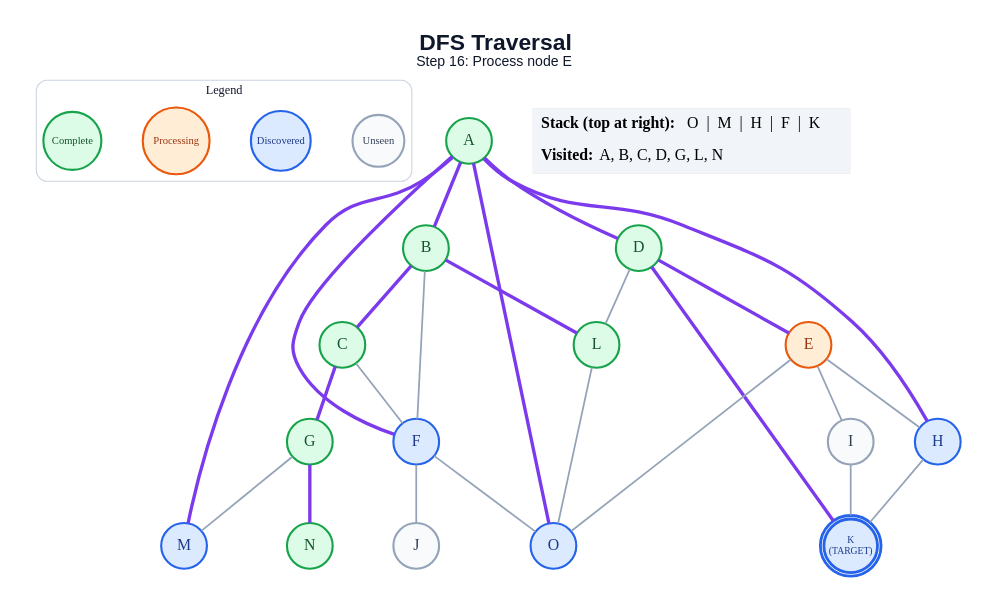
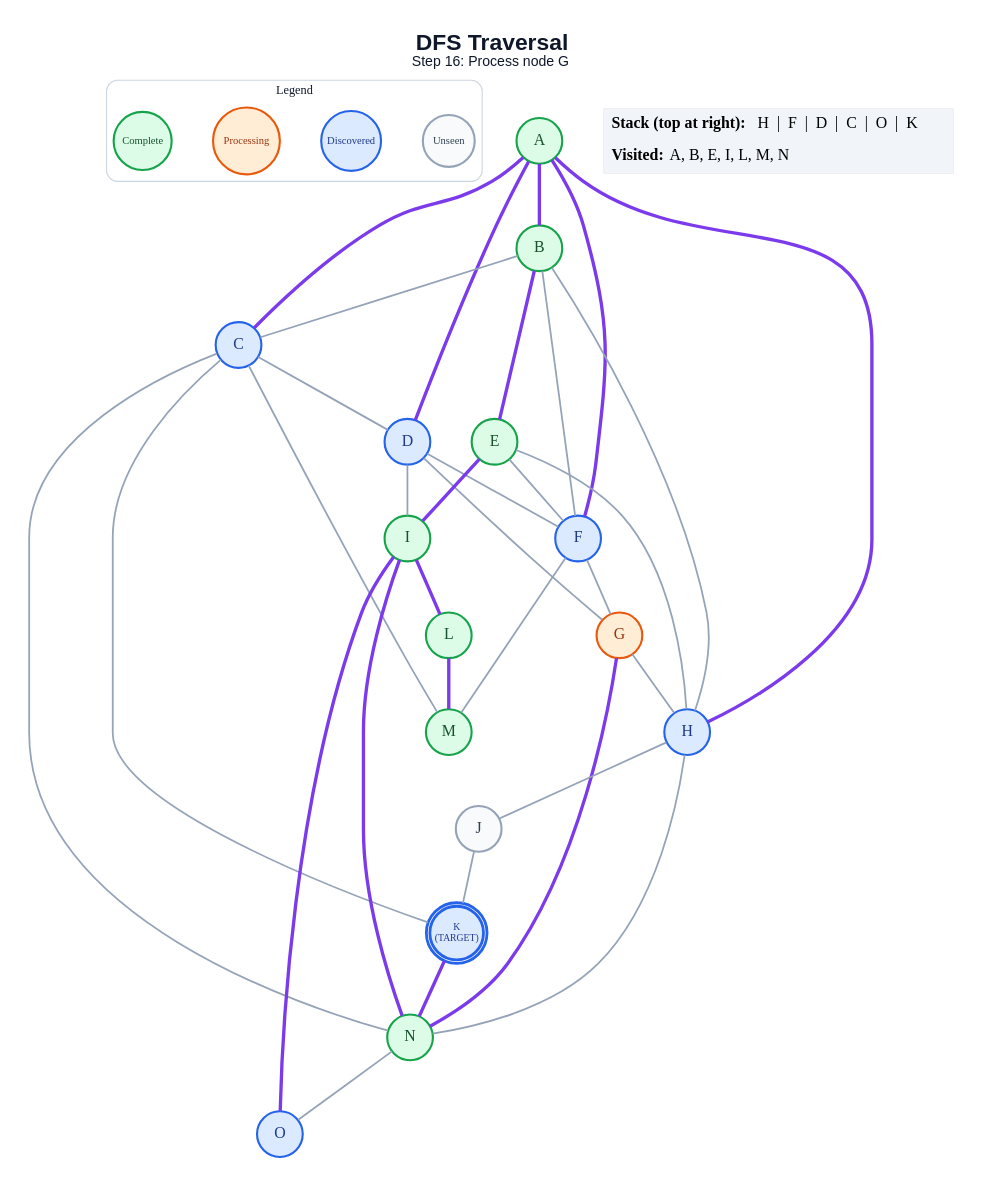
One commit to anon7238593-create/ai-slop changed the diagram in generated/specific-node/dfs/step_16.dot. Above: the diagram before and after it, drawn with Graphviz. The commit also changed 249 other files, not shown here.

```diff
--- a/generated/specific-node/dfs/step_16.dot
+++ b/generated/specific-node/dfs/step_16.dot
@@ -1,58 +1,66 @@
 graph traversal {
   graph [layout=dot, rankdir=TB, bgcolor="#FFFFFF", pad="0.35", nodesep="0.65", ranksep="0.8", fontname="Arial"];
   node [shape=circle, style="filled", fontname="Arial Bold", fontsize=18, width=0.72, fixedsize=true, penwidth=2.4];
   edge [color="#94A3B8", penwidth=2.0];
-  label=<<B>DFS Traversal</B><BR/><FONT POINT-SIZE="16">Step 16: Process node E</FONT>>; labelloc="t"; fontsize=26; fontname="Arial"; fontcolor="#0F172A";
+  label=<<B>DFS Traversal</B><BR/><FONT POINT-SIZE="16">Step 16: Process node G</FONT>>; labelloc="t"; fontsize=26; fontname="Arial"; fontcolor="#0F172A";
   subgraph cluster_legend { label="Legend"; color="#CBD5E1"; penwidth=1.2; style="rounded"; fontsize=14; fontname="Arial Bold";
     key_unseen [label="Unseen", fillcolor="#F8FAFC", color="#94A3B8", fontcolor="#334155", fontsize=12, width=0.82];
     key_frontier [label="Discovered", fillcolor="#DBEAFE", color="#2563EB", fontcolor="#1E3A8A", fontsize=12, width=0.95];
     key_current [label="Processing", fillcolor="#FFEDD5", color="#EA580C", fontcolor="#9A3412", fontsize=12, width=1.05];
     key_done [label="Complete", fillcolor="#DCFCE7", color="#16A34A", fontcolor="#14532D", fontsize=12, width=0.92];
     { rank=same; key_unseen; key_frontier; key_current; key_done; }
   }
   A [label="A", fillcolor="#DCFCE7", color="#16A34A", fontcolor="#14532D", peripheries=1, penwidth=2.4];
   B [label="B", fillcolor="#DCFCE7", color="#16A34A", fontcolor="#14532D", peripheries=1, penwidth=2.4];
-  C [label="C", fillcolor="#DCFCE7", color="#16A34A", fontcolor="#14532D", peripheries=1, penwidth=2.4];
-  D [label="D", fillcolor="#DCFCE7", color="#16A34A", fontcolor="#14532D", peripheries=1, penwidth=2.4];
-  E [label="E", fillcolor="#FFEDD5", color="#EA580C", fontcolor="#9A3412", peripheries=1, penwidth=2.4];
+  C [label="C", fillcolor="#DBEAFE", color="#2563EB", fontcolor="#1E3A8A", peripheries=1, penwidth=2.4];
+  D [label="D", fillcolor="#DBEAFE", color="#2563EB", fontcolor="#1E3A8A", peripheries=1, penwidth=2.4];
+  E [label="E", fillcolor="#DCFCE7", color="#16A34A", fontcolor="#14532D", peripheries=1, penwidth=2.4];
   F [label="F", fillcolor="#DBEAFE", color="#2563EB", fontcolor="#1E3A8A", peripheries=1, penwidth=2.4];
-  G [label="G", fillcolor="#DCFCE7", color="#16A34A", fontcolor="#14532D", peripheries=1, penwidth=2.4];
+  G [label="G", fillcolor="#FFEDD5", color="#EA580C", fontcolor="#9A3412", peripheries=1, penwidth=2.4];
   H [label="H", fillcolor="#DBEAFE", color="#2563EB", fontcolor="#1E3A8A", peripheries=1, penwidth=2.4];
-  I [label="I", fillcolor="#F8FAFC", color="#94A3B8", fontcolor="#334155", peripheries=1, penwidth=2.4];
+  I [label="I", fillcolor="#DCFCE7", color="#16A34A", fontcolor="#14532D", peripheries=1, penwidth=2.4];
   J [label="J", fillcolor="#F8FAFC", color="#94A3B8", fontcolor="#334155", peripheries=1, penwidth=2.4];
   K [label="K\n(TARGET)", fillcolor="#DBEAFE", color="#2563EB", fontcolor="#1E3A8A", peripheries=2, penwidth=3.2, fontsize=11, width=0.85, height=0.85];
   L [label="L", fillcolor="#DCFCE7", color="#16A34A", fontcolor="#14532D", peripheries=1, penwidth=2.4];
-  M [label="M", fillcolor="#DBEAFE", color="#2563EB", fontcolor="#1E3A8A", peripheries=1, penwidth=2.4];
+  M [label="M", fillcolor="#DCFCE7", color="#16A34A", fontcolor="#14532D", peripheries=1, penwidth=2.4];
   N [label="N", fillcolor="#DCFCE7", color="#16A34A", fontcolor="#14532D", peripheries=1, penwidth=2.4];
   O [label="O", fillcolor="#DBEAFE", color="#2563EB", fontcolor="#1E3A8A", peripheries=1, penwidth=2.4];
   A -- B [color="#7C3AED", penwidth=3.8];
+  A -- C [color="#7C3AED", penwidth=3.8];
   A -- D [color="#7C3AED", penwidth=3.8];
   A -- F [color="#7C3AED", penwidth=3.8];
   A -- H [color="#7C3AED", penwidth=3.8];
-  A -- M [color="#7C3AED", penwidth=3.8];
-  A -- O [color="#7C3AED", penwidth=3.8];
-  B -- C [color="#7C3AED", penwidth=3.8];
+  B -- C;
+  B -- E [color="#7C3AED", penwidth=3.8];
   B -- F;
-  B -- L [color="#7C3AED", penwidth=3.8];
-  C -- F;
-  C -- G [color="#7C3AED", penwidth=3.8];
-  D -- E [color="#7C3AED", penwidth=3.8];
-  D -- K [color="#7C3AED", penwidth=3.8];
-  D -- L;
+  B -- H;
+  C -- D;
+  C -- K;
+  C -- M;
+  C -- N;
+  D -- F;
+  D -- G;
+  D -- I;
+  E -- F;
   E -- H;
-  E -- I;
-  E -- O;
-  F -- J;
-  F -- O;
-  G -- M;
+  E -- I [color="#7C3AED", penwidth=3.8];
+  F -- G;
+  F -- M;
+  G -- H;
   G -- N [color="#7C3AED", penwidth=3.8];
-  H -- K;
-  I -- K;
-  L -- O;
+  H -- J;
+  H -- N;
+  I -- L [color="#7C3AED", penwidth=3.8];
+  I -- N [color="#7C3AED", penwidth=3.8];
+  I -- O [color="#7C3AED", penwidth=3.8];
+  J -- K;
+  K -- N [color="#7C3AED", penwidth=3.8];
+  L -- M [color="#7C3AED", penwidth=3.8];
+  N -- O;
   status [shape=plain, fixedsize=false, width=0, height=0, margin=0, label=<
     <TABLE BORDER="0" CELLBORDER="0" CELLPADDING="7" BGCOLOR="#F1F5F9">
-      <TR><TD ALIGN="LEFT"><B>Stack (top at right):</B> O  |  M  |  H  |  F  |  K</TD></TR>
-      <TR><TD ALIGN="LEFT"><B>Visited:</B> A, B, C, D, G, L, N</TD></TR>
+      <TR><TD ALIGN="LEFT"><B>Stack (top at right):</B> H  |  F  |  D  |  C  |  O  |  K</TD></TR>
+      <TR><TD ALIGN="LEFT"><B>Visited:</B> A, B, E, I, L, M, N</TD></TR>
     </TABLE>
   >];
 }
```
